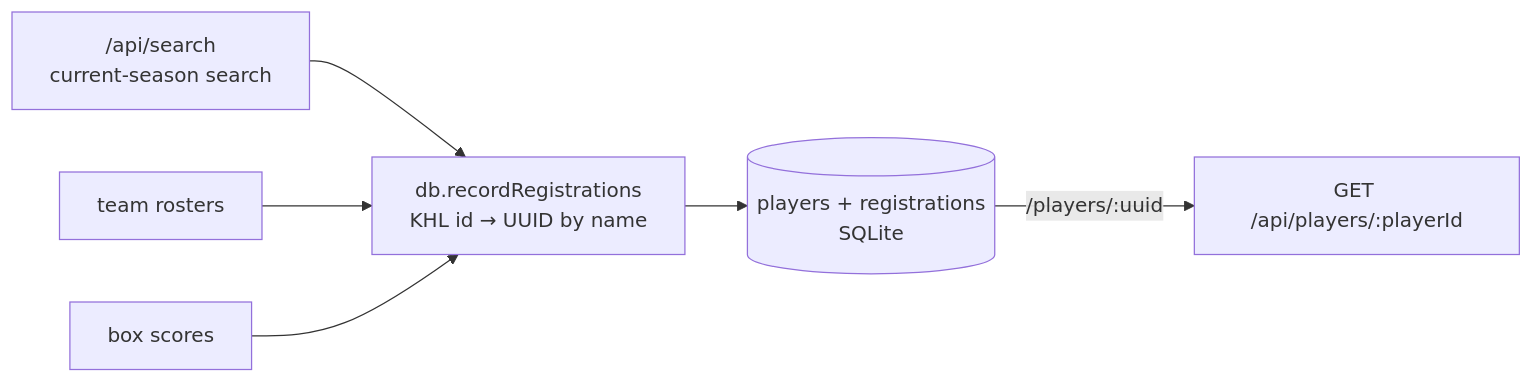
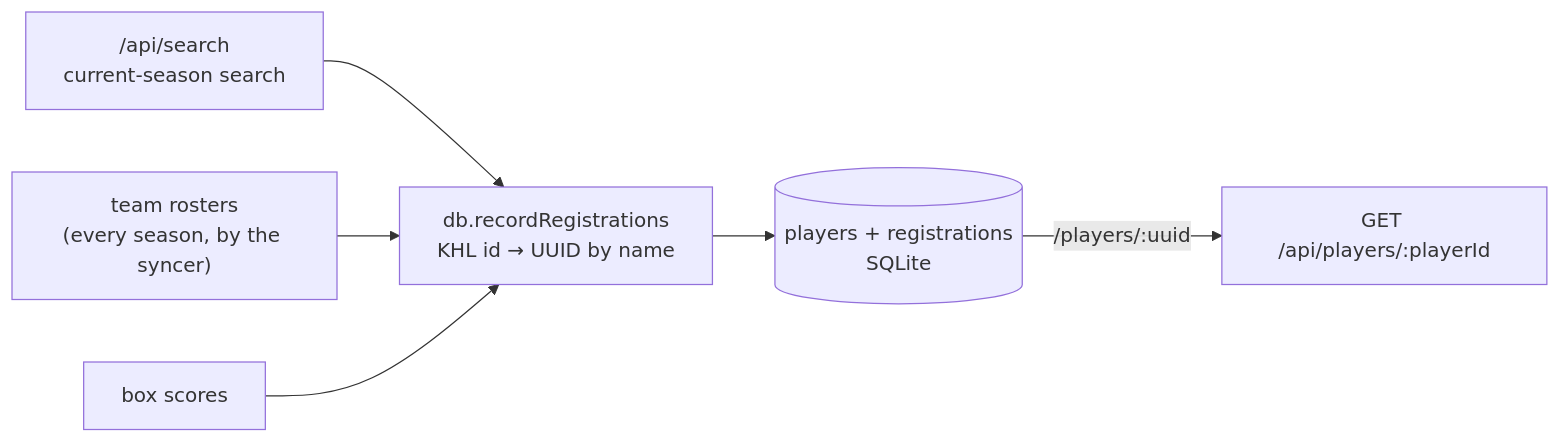
One commit to dvdzkwsk/dvdzkwsk changed the fourth of 7 diagrams in projects/khl/ARCHITECTURE.md. Above: the diagram before and after it, drawn with Mermaid. The commit also changed other lines of this file and 19 other files, not shown here.

First line of the commit message:
KHL: sync every season, team, player, and game, and read activity from tables

````diff
--- a/projects/khl/ARCHITECTURE.md
+++ b/projects/khl/ARCHITECTURE.md
@@ -143,8 +157,8 @@
 ```mermaid
 flowchart LR
     Search["/api/search<br/>current-season search"] --> Record["db.recordRegistrations<br/>KHL id → UUID by name"]
-    Roster["team rosters"] --> Record
+    Roster["team rosters<br/>(every season, by the syncer)"] --> Record
     Box["box scores"] --> Record
     Record --> UUID[("players + registrations<br/>SQLite")]
     UUID -- "/players/:uuid" --> Profile["GET /api/players/:playerId"]
 ```
````
